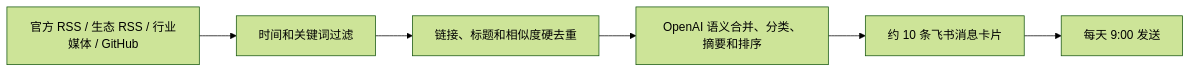
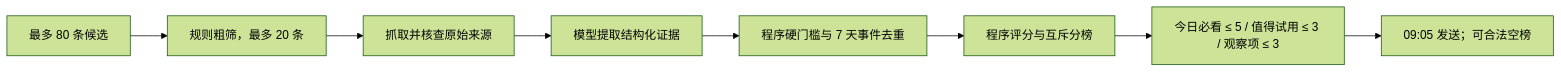
The diagram in README.md (bgu436475-ops/Baic-AI-Message-Bot), drawn with Mermaid (forest theme) before and after one commit. The commit also changed other lines of this file and 1 other file, not shown here.

````diff
--- a/README.md
+++ b/README.md
@@ -9,8 +9,10 @@
 ```mermaid
 flowchart LR
-    A[官方 RSS / 生态 RSS / 行业媒体 / GitHub] --> B[时间和关键词过滤]
-    B --> C[链接、标题和相似度硬去重]
-    C --> D[OpenAI 语义合并、分类、摘要和排序]
-    D --> E[约 10 条飞书消息卡片]
-    E --> F[每天 9:00 发送]
+    A[最多 80 条候选] --> B[规则粗筛，最多 20 条]
+    B --> C[抓取并核查原始来源]
+    C --> D[模型提取结构化证据]
+    D --> E[程序硬门槛与 7 天事件去重]
+    E --> F[程序评分与互斥分榜]
+    F --> G[今日必看 ≤ 5 / 值得试用 ≤ 3 / 观察项 ≤ 3]
+    G --> H[09:05 发送；可合法空榜]
 ```
````
